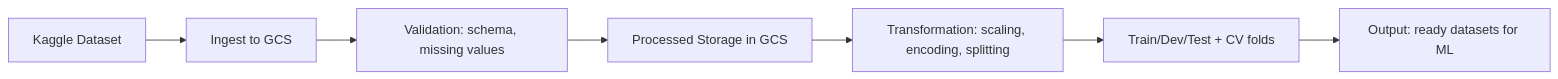
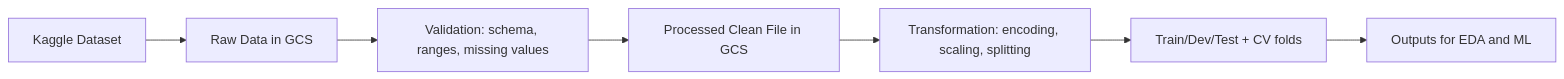
The diagram in M2 README.md (maryslopes/AI-Data-Handling), drawn with Mermaid before and after one commit. The commit also changed other lines of this file, not shown here.

````diff
--- a/M2 README.md
+++ b/M2 README.md
@@ -154,9 +149,9 @@
-  ```mermaid
+```mermaid
 flowchart LR
-    A[Kaggle Dataset] --> B[Ingest to GCS]
-    B --> C[Validation: schema, missing values]
-    C --> D[Processed Storage in GCS]
-    D --> E[Transformation: scaling, encoding, splitting]
+    A[Kaggle Dataset] --> B[Raw Data in GCS]
+    B --> C[Validation: schema, ranges, missing values]
+    C --> D[Processed Clean File in GCS]
+    D --> E[Transformation: encoding, scaling, splitting]
     E --> F[Train/Dev/Test + CV folds]
-    F --> G[Output: ready datasets for ML]
+    F --> G[Outputs for EDA and ML]
 ```
````
